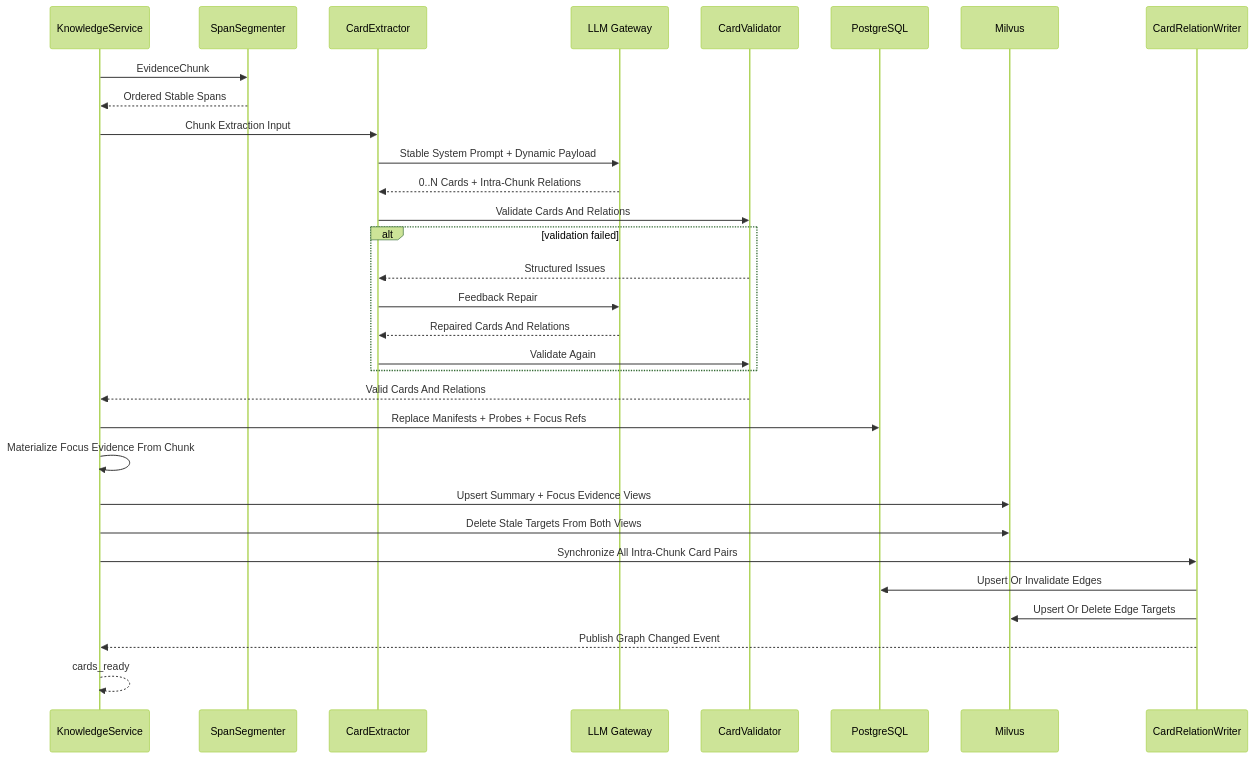
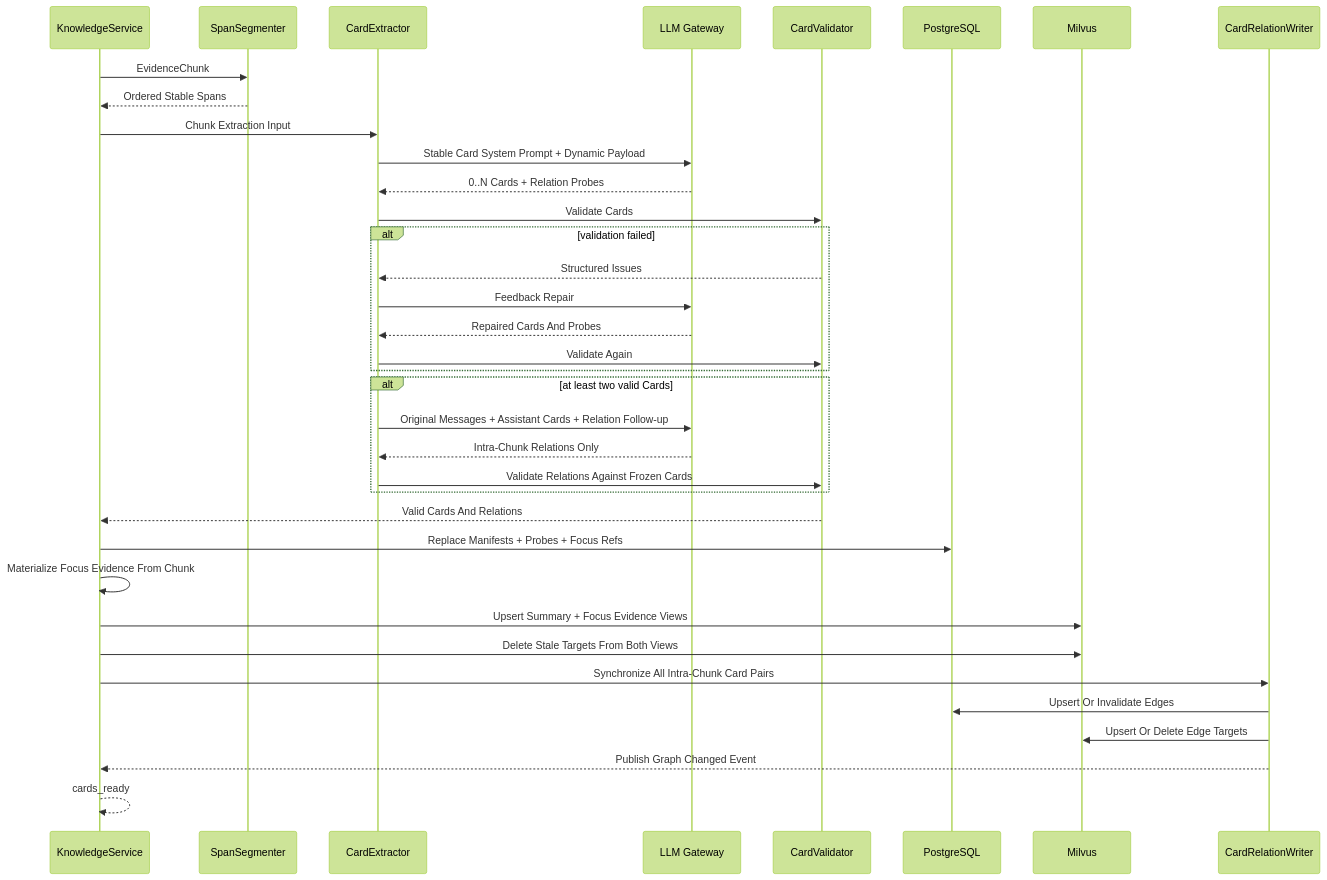
Before and after one commit to qiyuebuku/frida-test: the second of 2 diagrams in .claude/skills/smart-fund-server/docs/3. 实施方案/4. 知识图谱/21. 原子Cognitive Card与Relation Probe提取实施方案.md, drawn with Mermaid (forest theme). The commit also changed other lines of this file and 7 other files, not shown here.

Commit message:
refactor(kg): split card extraction and relation follow-up

````diff
--- a/.claude/skills/smart-fund-server/docs/3. 实施方案/4. 知识图谱/21. 原子Cognitive Card与Relation Probe提取实施方案.md
+++ b/.claude/skills/smart-fund-server/docs/3. 实施方案/4. 知识图谱/21. 原子Cognitive Card与Relation Probe提取实施方案.md
@@ -509,34 +519,39 @@
 ```mermaid
 sequenceDiagram
     participant KS as KnowledgeService
     participant SS as SpanSegmenter
     participant CE as CardExtractor
     participant LLM as LLM Gateway
     participant CV as CardValidator
     participant PG as PostgreSQL
     participant MV as Milvus
     participant EW as CardRelationWriter
 
     KS->>SS: EvidenceChunk
     SS-->>KS: Ordered Stable Spans
     KS->>CE: Chunk Extraction Input
-    CE->>LLM: Stable System Prompt + Dynamic Payload
-    LLM-->>CE: 0..N Cards + Intra-Chunk Relations
-    CE->>CV: Validate Cards And Relations
+    CE->>LLM: Stable Card System Prompt + Dynamic Payload
+    LLM-->>CE: 0..N Cards + Relation Probes
+    CE->>CV: Validate Cards
     alt validation failed
         CV-->>CE: Structured Issues
         CE->>LLM: Feedback Repair
-        LLM-->>CE: Repaired Cards And Relations
+        LLM-->>CE: Repaired Cards And Probes
         CE->>CV: Validate Again
+    end
+    alt at least two valid Cards
+        CE->>LLM: Original Messages + Assistant Cards + Relation Follow-up
+        LLM-->>CE: Intra-Chunk Relations Only
+        CE->>CV: Validate Relations Against Frozen Cards
     end
     CV-->>KS: Valid Cards And Relations
     KS->>PG: Replace Manifests + Probes + Focus Refs
     KS->>KS: Materialize Focus Evidence From Chunk
     KS->>MV: Upsert Summary + Focus Evidence Views
     KS->>MV: Delete Stale Targets From Both Views
     KS->>EW: Synchronize All Intra-Chunk Card Pairs
     EW->>PG: Upsert Or Invalidate Edges
     EW->>MV: Upsert Or Delete Edge Targets
     EW-->>KS: Publish Graph Changed Event
     KS-->>KS: cards_ready
 ```
````
